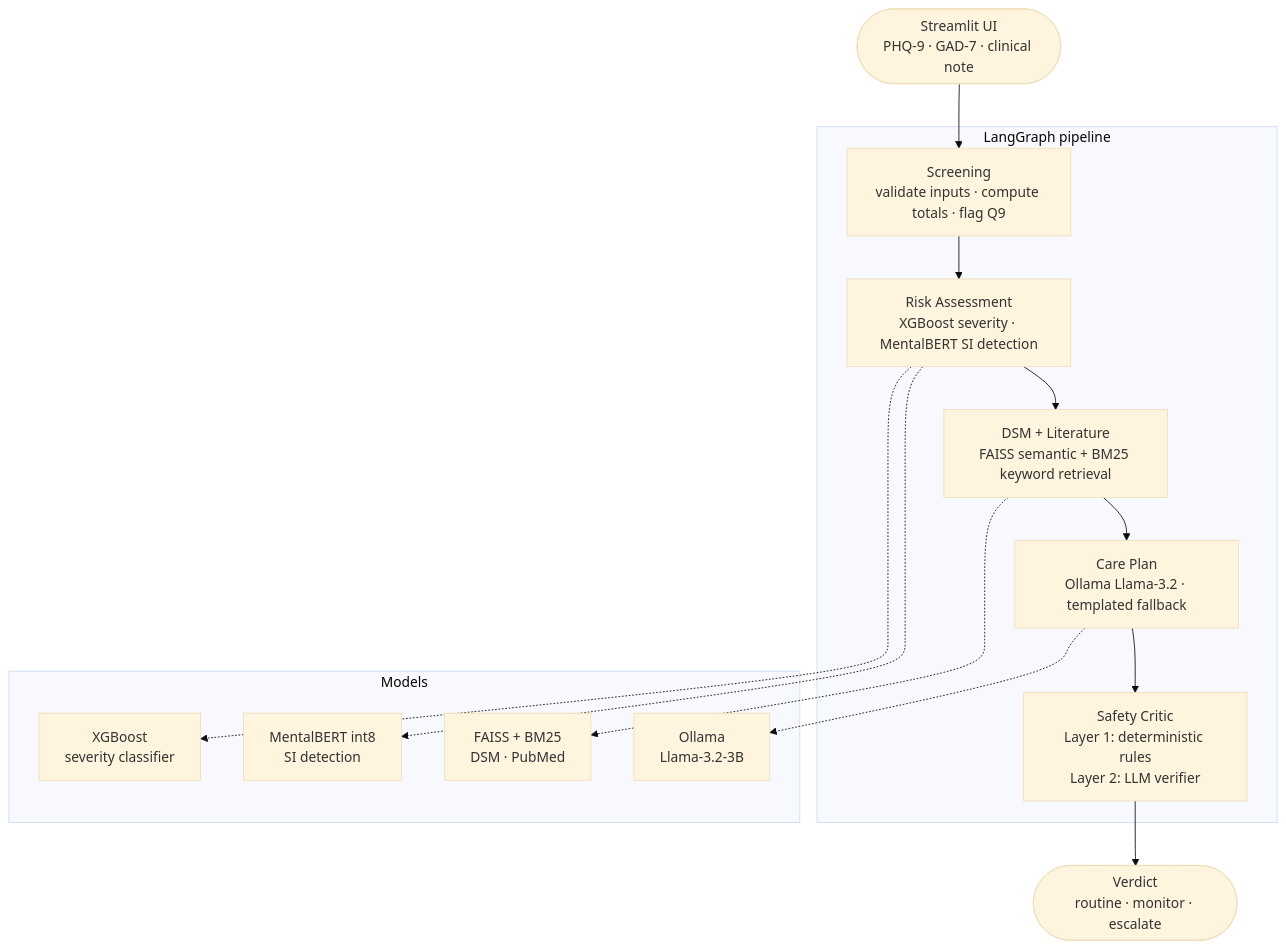
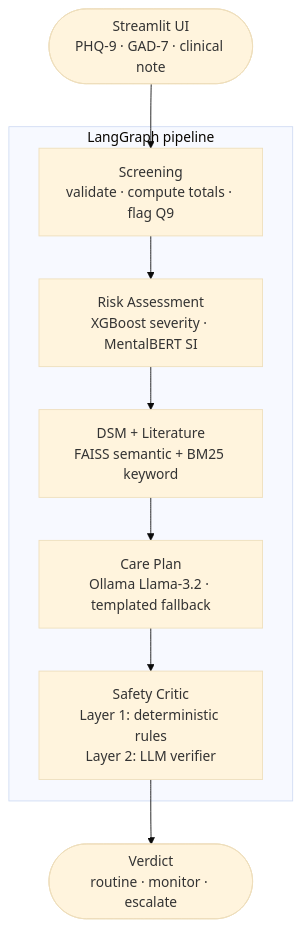
Before and after one commit to omprxkash/psychiatrist-ai: the diagram in README.md, drawn with Mermaid (base theme). The commit also changed other lines of this file and 20 other files, not shown here.

````diff
--- a/README.md
+++ b/README.md
@@ -53,29 +73,17 @@
 ```mermaid
 flowchart TD
     UI([Streamlit UI\nPHQ-9 · GAD-7 · clinical note])
     UI --> screening
 
     subgraph pipeline["LangGraph pipeline"]
-        screening[Screening\nvalidate inputs · compute totals · flag Q9]
-        risk[Risk Assessment\nXGBoost severity · MentalBERT SI detection]
-        dsm[DSM + Literature\nFAISS semantic + BM25 keyword retrieval]
+        screening[Screening\nvalidate · compute totals · flag Q9]
+        risk[Risk Assessment\nXGBoost severity · MentalBERT SI]
+        dsm[DSM + Literature\nFAISS semantic + BM25 keyword]
         care[Care Plan\nOllama Llama-3.2 · templated fallback]
         safety[Safety Critic\nLayer 1: deterministic rules\nLayer 2: LLM verifier]
 
         screening --> risk --> dsm --> care --> safety
     end
 
     safety --> verdict([Verdict\nroutine · monitor · escalate])
-
-    subgraph models["Models"]
-        xgb[XGBoost\nseverity classifier]
-        bert[MentalBERT int8\nSI detection]
-        faiss[FAISS + BM25\nDSM · PubMed]
-        llm[Ollama\nLlama-3.2-3B]
-    end
-
-    risk -.-> xgb
-    risk -.-> bert
-    dsm -.-> faiss
-    care -.-> llm
 ```
````
